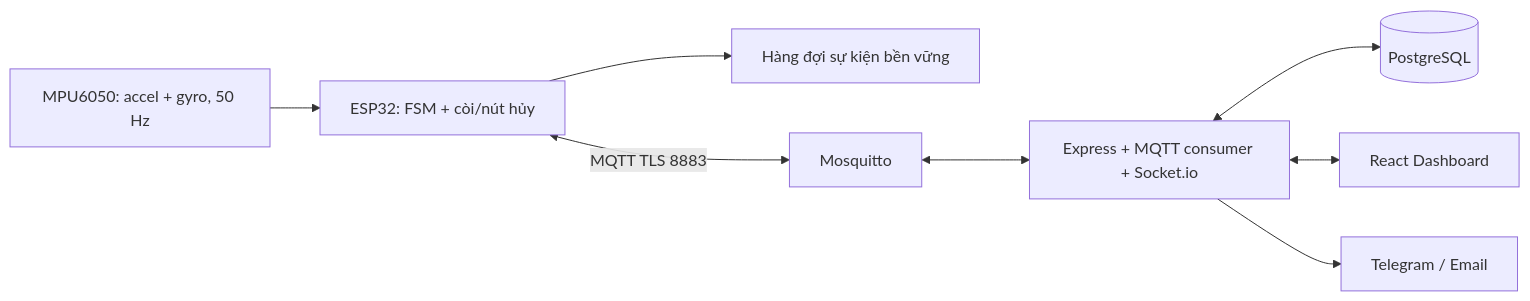
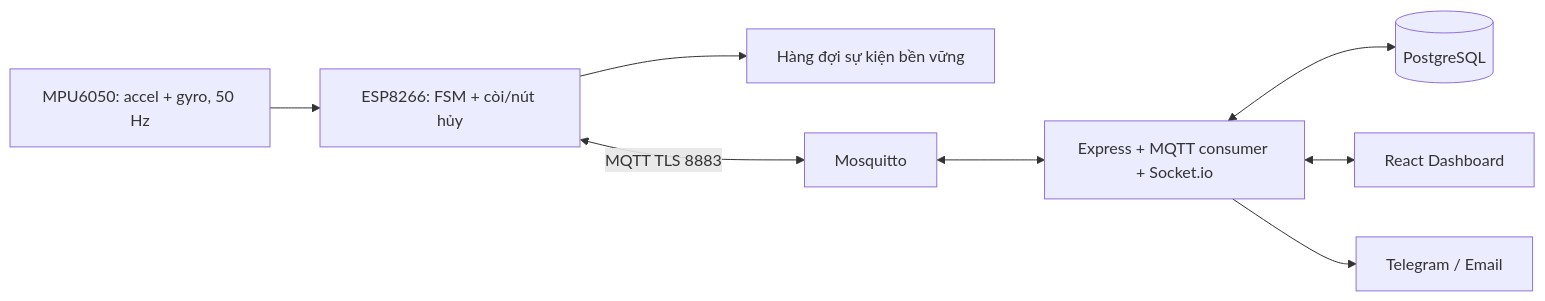
One commit to dangls-hub/Smart-Fall-Guard-Wristband changed the diagram in README.md. Above: the diagram before and after it, drawn with Mermaid. The commit also changed other lines of this file and 31 other files, not shown here.

````diff
--- a/README.md
+++ b/README.md
@@ -9,10 +9,10 @@
 ```mermaid
 flowchart LR
-    IMU["MPU6050: accel + gyro, 50 Hz"] --> ESP["ESP32: FSM + còi/nút hủy"]
+    IMU["MPU6050: accel + gyro, 50 Hz"] --> ESP["ESP8266: FSM + còi/nút hủy"]
     ESP --> BUF["Hàng đợi sự kiện bền vững"]
     ESP <-->|MQTT TLS 8883| MQTT["Mosquitto"]
     MQTT <--> BE["Express + MQTT consumer + Socket.io"]
     BE <--> DB[("PostgreSQL")]
     BE <--> WEB["React Dashboard"]
     BE --> ALERT["Telegram / Email"]
 ```
````
